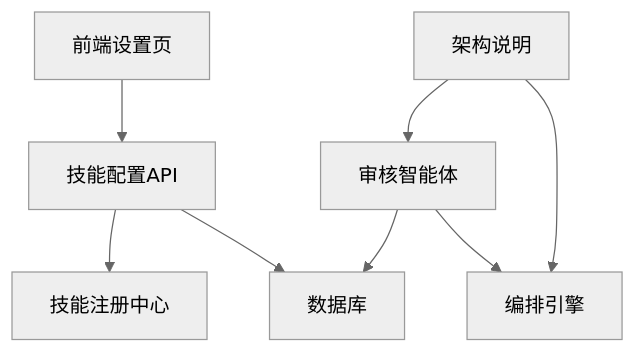
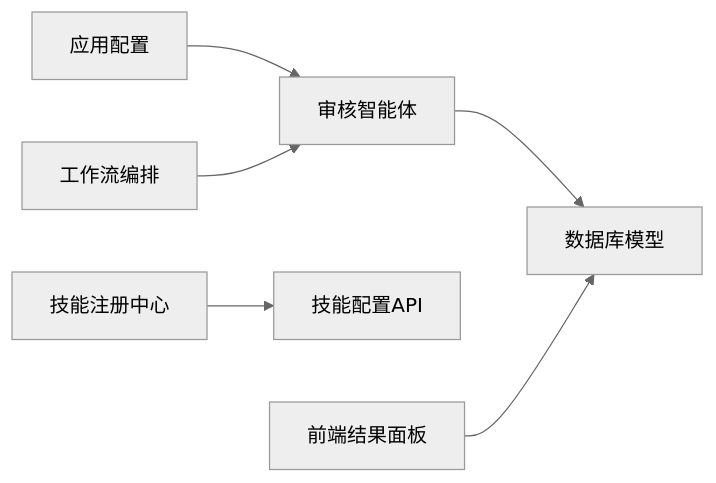
The seventh of 7 diagrams in .qoder/repowiki/zh/content/技能系统/内置技能实现/风险检测技能.md (sansansansansan2022-web/hotclaw), drawn with Mermaid (neutral theme) before and after one commit. The commit also changed other lines of this file and 288 other files, not shown here.

````diff
--- a/.qoder/repowiki/zh/content/技能系统/内置技能实现/风险检测技能.md
+++ b/.qoder/repowiki/zh/content/技能系统/内置技能实现/风险检测技能.md
@@ -265,10 +307,8 @@
 ```mermaid
-graph TB
-AUD["审核智能体"] --> ORCH["编排引擎"]
-API["技能配置API"] --> REG["技能注册中心"]
-API --> DB["数据库"]
-AUD --> DB
-FE["前端设置页"] --> API
-ARCH["架构说明"] --> ORCH
-ARCH --> AUD
+graph LR
+CFG["应用配置"] --> AUDIT["审核智能体"]
+ORCH["工作流编排"] --> AUDIT
+REG["技能注册中心"] --> ROUTES["技能配置API"]
+AUDIT --> DB["数据库模型"]
+FE["前端结果面板"] --> DB
 ```
````
